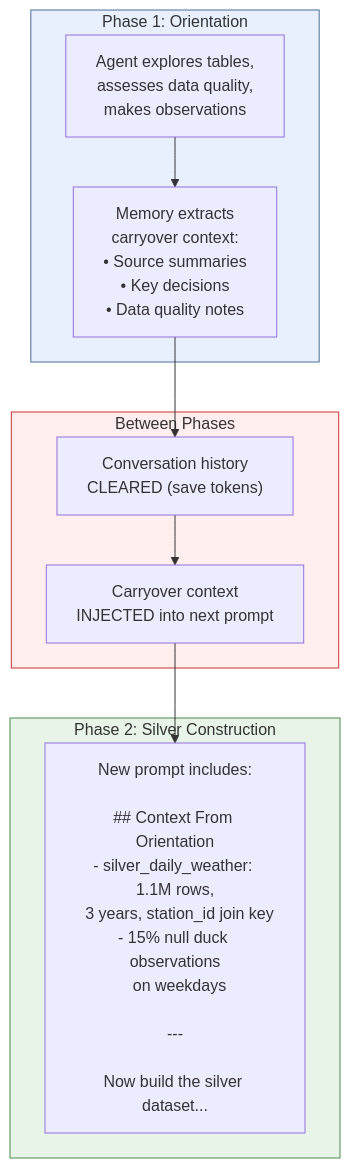
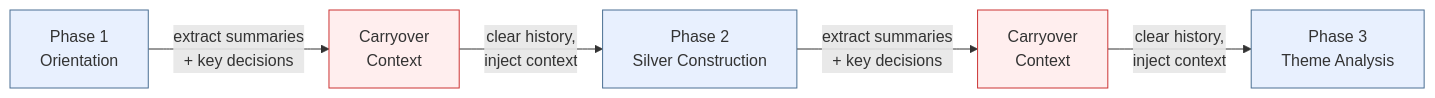
Before and after one commit to jweinberg-a2a/versifai-data-agents: the seventh of 9 diagrams in docs/run-management.md, drawn with Mermaid. The commit also changed other lines of this file and 4 other files, not shown here.

Commit message:
diagrams fixed

````diff
--- a/docs/run-management.md
+++ b/docs/run-management.md
@@ -482,24 +431,13 @@
 ```mermaid
-flowchart TD
-    subgraph phase1["Phase 1: Orientation"]
-        WORK1["Agent explores tables,<br>assesses data quality,<br>makes observations"]
-        WORK1 --> CARRY1["Memory extracts<br>carryover context:<br>• Source summaries<br>• Key decisions<br>• Data quality notes"]
-    end
+flowchart LR
+    P1["Phase 1<br>Orientation"] -->|"extract summaries<br>+ key decisions"| CTX["Carryover<br>Context"]
+    CTX -->|"clear history,<br>inject context"| P2["Phase 2<br>Silver Construction"]
+    P2 -->|"extract summaries<br>+ key decisions"| CTX2["Carryover<br>Context"]
+    CTX2 -->|"clear history,<br>inject context"| P3["Phase 3<br>Theme Analysis"]
 
-    subgraph reset["Between Phases"]
-        CLEAR["Conversation history<br>CLEARED (save tokens)"]
-        INJECT["Carryover context<br>INJECTED into next prompt"]
-    end
-
-    subgraph phase2["Phase 2: Silver Construction"]
-        PROMPT["New prompt includes:<br><br>## Context From Orientation<br>- silver_daily_weather: 1.1M rows,<br>  3 years, station_id join key<br>- 15% null duck observations<br>  on weekdays<br><br>---<br><br>Now build the silver dataset..."]
-    end
-
-    CARRY1 --> CLEAR
-    CLEAR --> INJECT
-    INJECT --> PROMPT
-
-    style phase1 fill:#e8f0fe,stroke:#4a6f93
-    style reset fill:#fee,stroke:#c33
-    style phase2 fill:#e8f4e8,stroke:#4a8a4a
+    style P1 fill:#e8f0fe,stroke:#4a6f93
+    style CTX fill:#fee,stroke:#c33
+    style P2 fill:#e8f0fe,stroke:#4a6f93
+    style CTX2 fill:#fee,stroke:#c33
+    style P3 fill:#e8f0fe,stroke:#4a6f93
 ```
````
